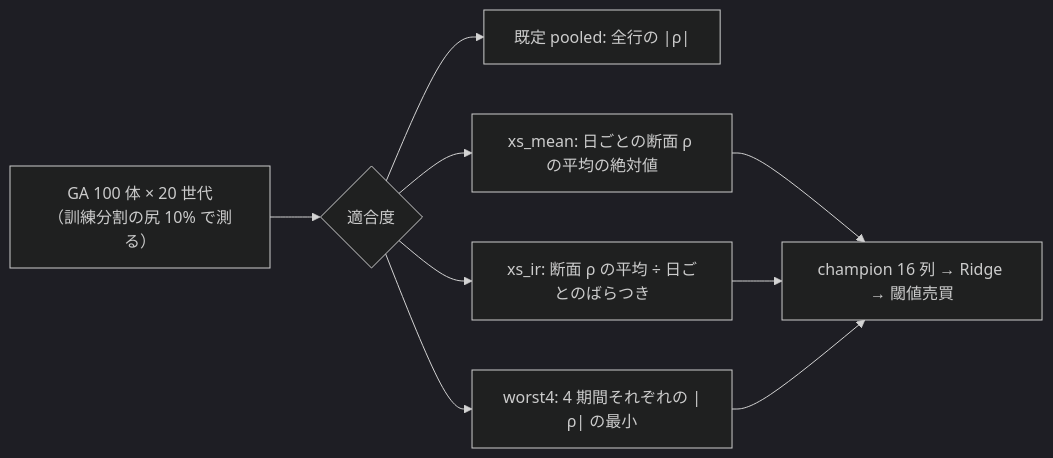
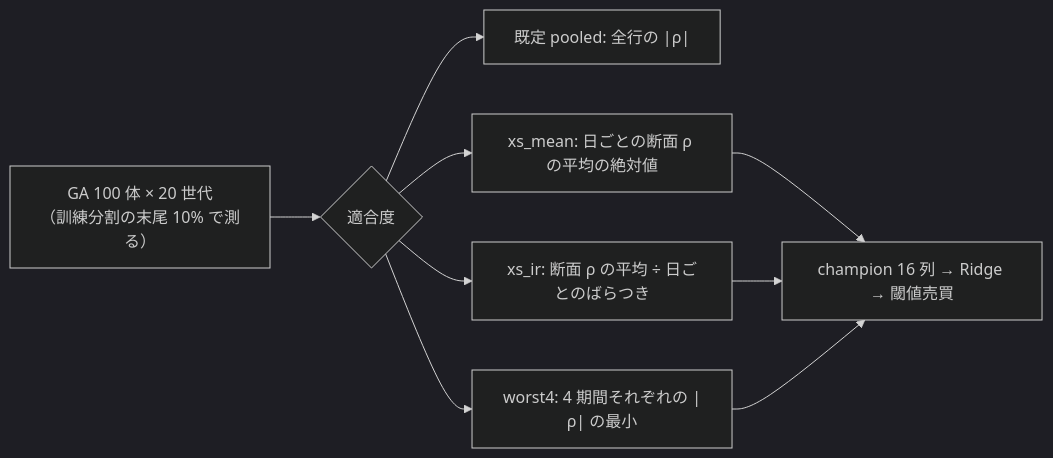
One commit to akiraak/ai-income-lab changed diagram 25 of 38 in docs/specs/experiments/feature-discovery/rules.md. Above: the diagram before and after it, drawn with Mermaid (dark theme). The commit also changed other lines of this file and 45 other files, not shown here.

````diff
--- a/docs/specs/experiments/feature-discovery/rules.md
+++ b/docs/specs/experiments/feature-discovery/rules.md
@@ -1679,11 +1679,11 @@
 ```mermaid
 flowchart LR
-  G["GA 100 体 × 20 世代<br/>（訓練分割の尻 10% で測る）"] --> F{"適合度"}
+  G["GA 100 体 × 20 世代<br/>（訓練分割の末尾 10% で測る）"] --> F{"適合度"}
   F --> F0["既定 pooled: 全行の |ρ|"]
   F --> F1["xs_mean: 日ごとの断面 ρ の平均の絶対値"]
   F --> F2["xs_ir: 断面 ρ の平均 ÷ 日ごとのばらつき"]
   F --> F3["worst4: 4 期間それぞれの |ρ| の最小"]
   F1 --> C["champion 16 列 → Ridge → 閾値売買"]
   F2 --> C
   F3 --> C
 ```
````
